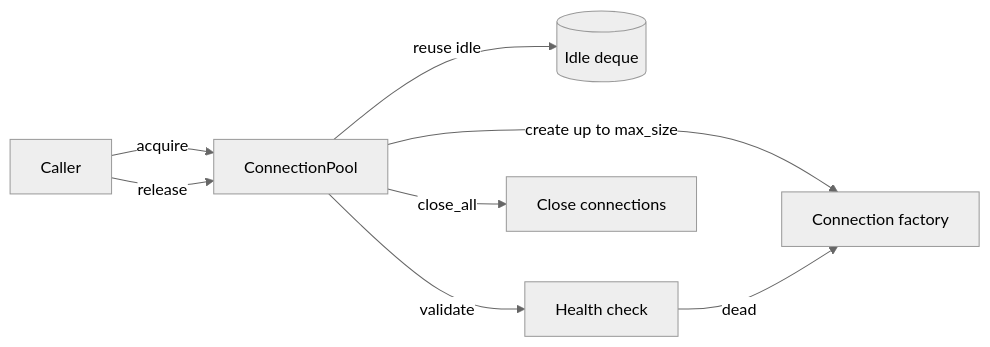
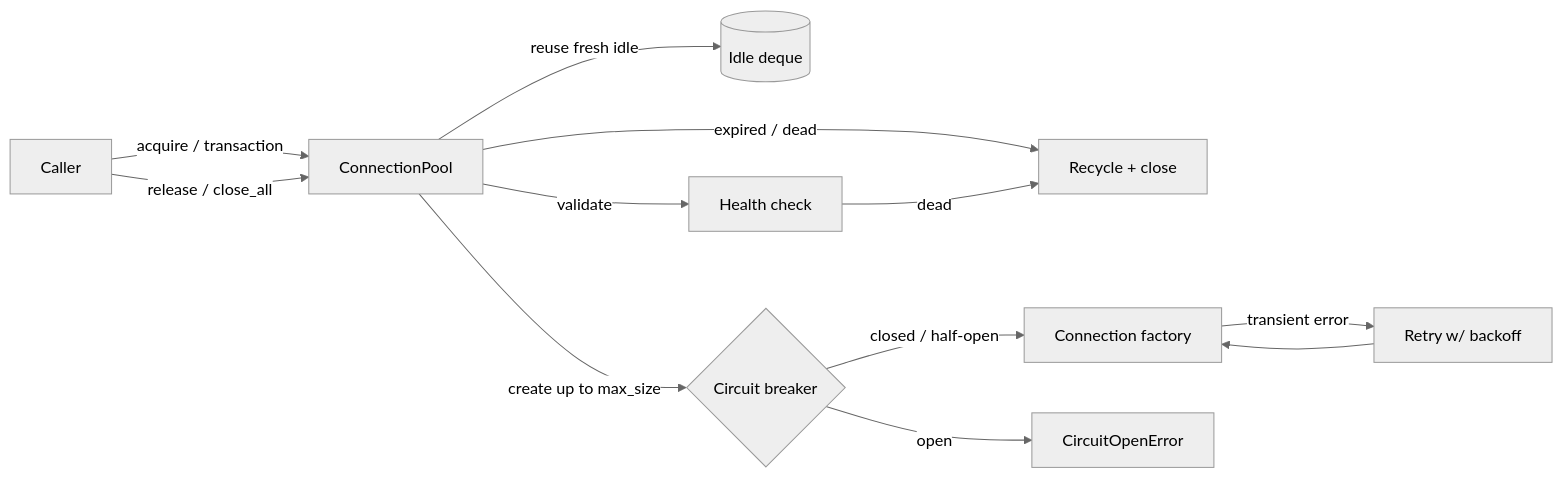
One commit to Viprasol-Tech/postgres-connection-pool changed the diagram in README.md. Above: the diagram before and after it, drawn with Mermaid (neutral theme). The commit also changed other lines of this file and 12 other files, not shown here.

````diff
--- a/README.md
+++ b/README.md
@@ -73,10 +99,14 @@
 ```mermaid
 flowchart LR
-    APP[Caller] -->|acquire| POOL[ConnectionPool]
-    POOL -->|reuse idle| IDLE[(Idle deque)]
-    POOL -->|create up to max_size| FACTORY[Connection factory]
+    APP[Caller] -->|acquire / transaction| POOL[ConnectionPool]
+    POOL -->|reuse fresh idle| IDLE[(Idle deque)]
+    POOL -->|expired / dead| RECYCLE[Recycle + close]
+    POOL -->|create up to max_size| BREAKER{Circuit breaker}
+    BREAKER -->|closed / half-open| FACTORY[Connection factory]
+    BREAKER -->|open| FAIL[CircuitOpenError]
+    FACTORY -->|transient error| RETRY[Retry w/ backoff]
+    RETRY --> FACTORY
     POOL -->|validate| HC[Health check]
-    HC -->|dead| FACTORY
-    APP -->|release| POOL
-    POOL -->|close_all| CLOSE[Close connections]
+    HC -->|dead| RECYCLE
+    APP -->|release / close_all| POOL
 ```
````
